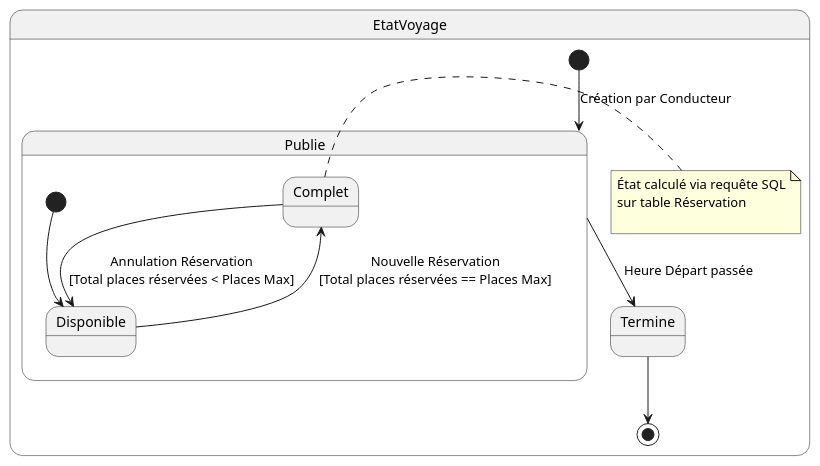
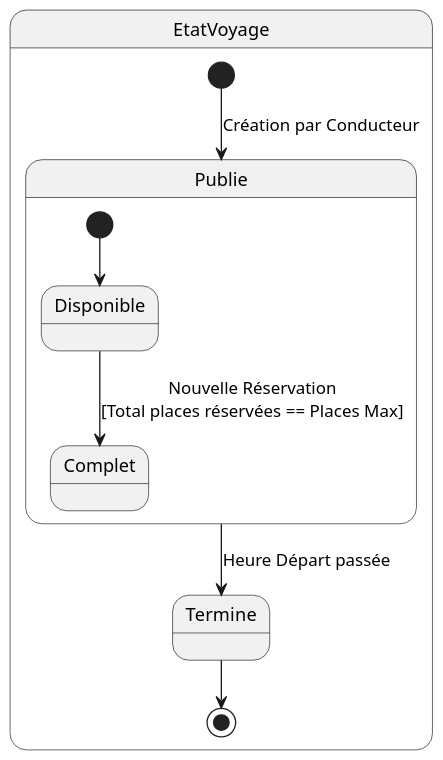
Before and after one commit to Chihebkebbas/CERI_Car: the diagram in UML/state machine diagrams/EtatVoyage.plantUML, drawn with PlantUML. The commit also changed 8 other files, not shown here.

Commit message:
UML diagrams final version

```diff
--- a/UML/state machine diagrams/EtatVoyage.plantUML
+++ b/UML/state machine diagrams/EtatVoyage.plantUML
@@ -1,22 +1,21 @@
 @startuml
 
+scale 1.3
 state EtatVoyage {
 
 [*] --> Publie : Création par Conducteur
-
 state Publie {
   state "Disponible" as Dispo
   state "Complet" as Full
 
   [*] --> Dispo
 
   Dispo --> Full : Nouvelle Réservation\n[Total places réservées == Places Max]
-  Full --> Dispo : Annulation Réservation\n[Total places réservées < Places Max]
+
 }
 
 Publie --> Termine : Heure Départ passée
 Termine --> [*]
 
-note right of Full : État calculé via requête SQL\nsur table Réservation\n
 }
 @enduml
```
